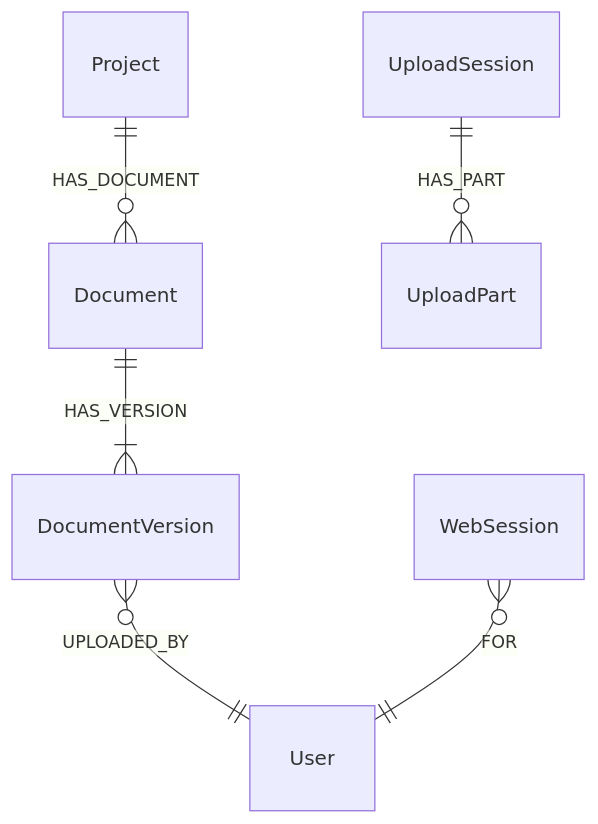
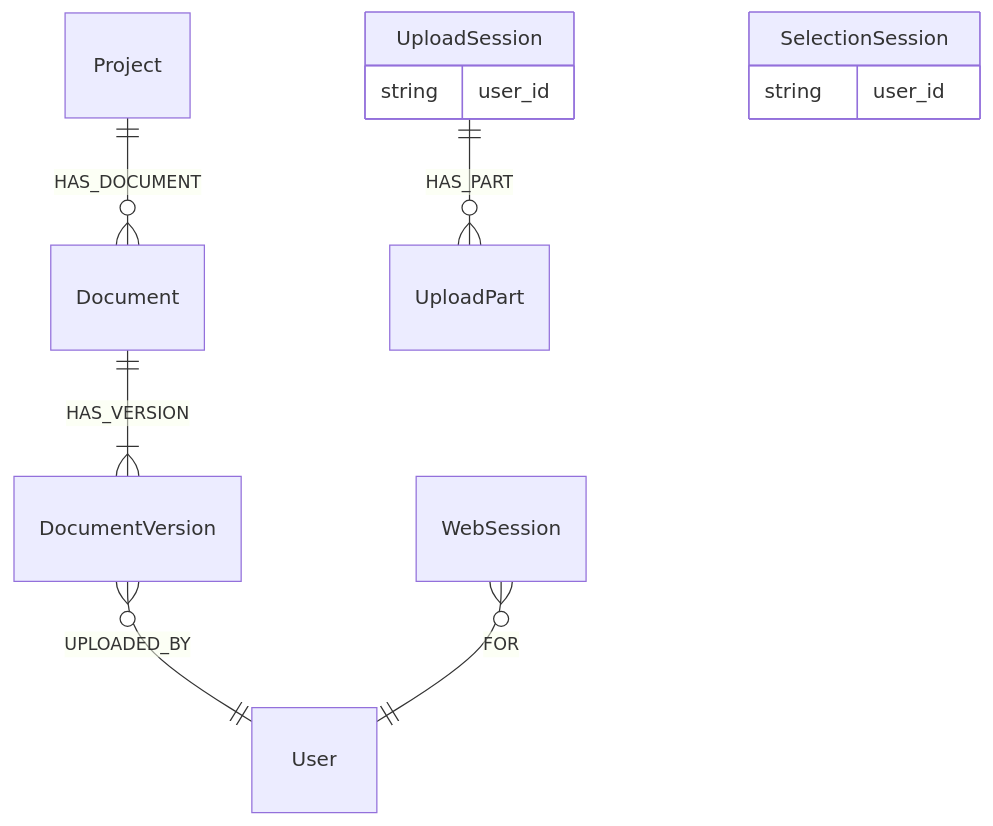
The fifth of 6 diagrams in docs/graph-schema.md (marwiss/Kontroll), drawn with Mermaid before and after one commit. The commit also changed other lines of this file and 2 other files, not shown here.

First line of the commit message:
Rename Municipality to Reviewer, fix diagrams

````diff
--- a/docs/graph-schema.md
+++ b/docs/graph-schema.md
@@ -102,8 +120,14 @@
 ```mermaid
 erDiagram
     Project ||--o{ Document : HAS_DOCUMENT
     Document ||--|{ DocumentVersion : HAS_VERSION
     DocumentVersion }o--|| User : UPLOADED_BY
     UploadSession ||--o{ UploadPart : HAS_PART
     WebSession }o--|| User : FOR
+    UploadSession {
+        string user_id
+    }
+    SelectionSession {
+        string user_id
+    }
 ```
````
